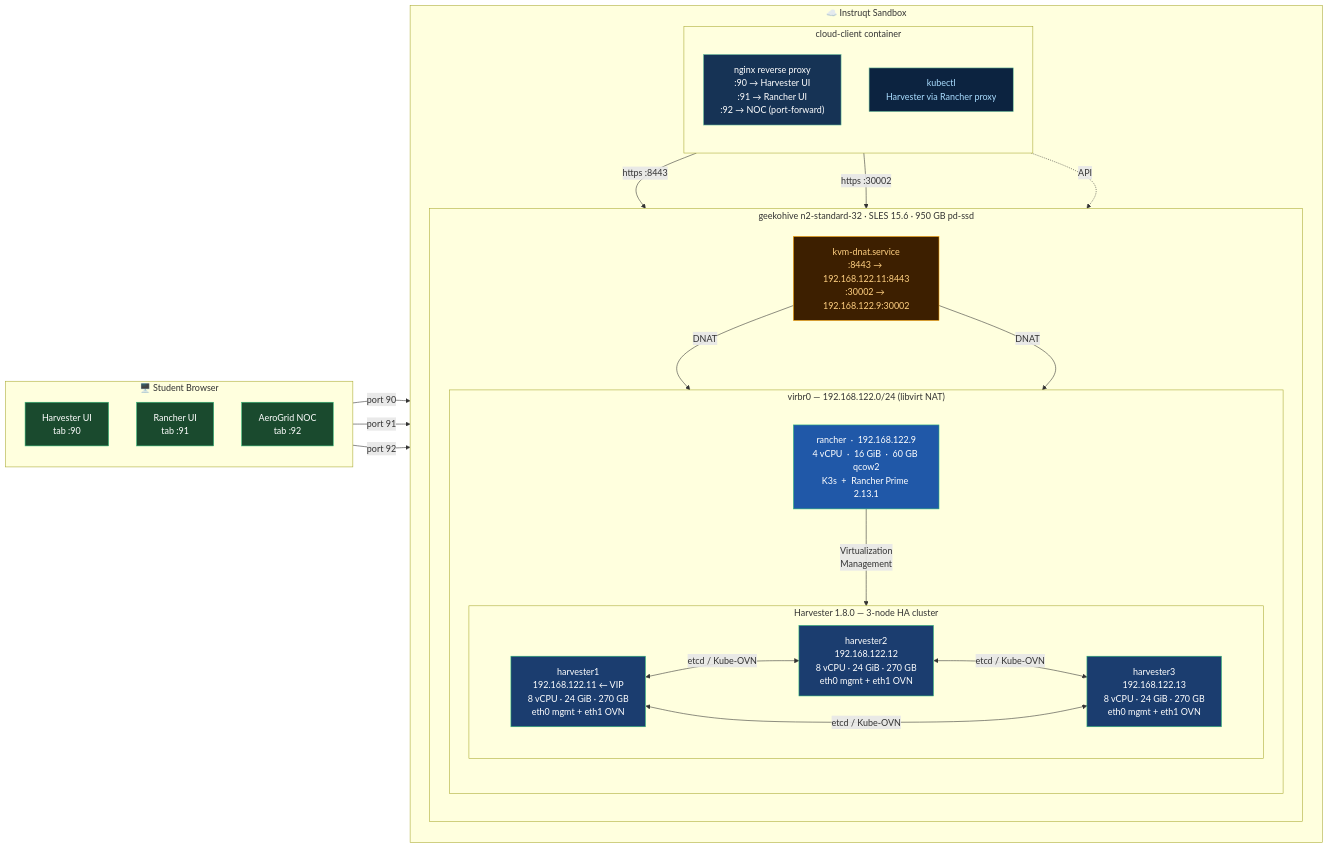
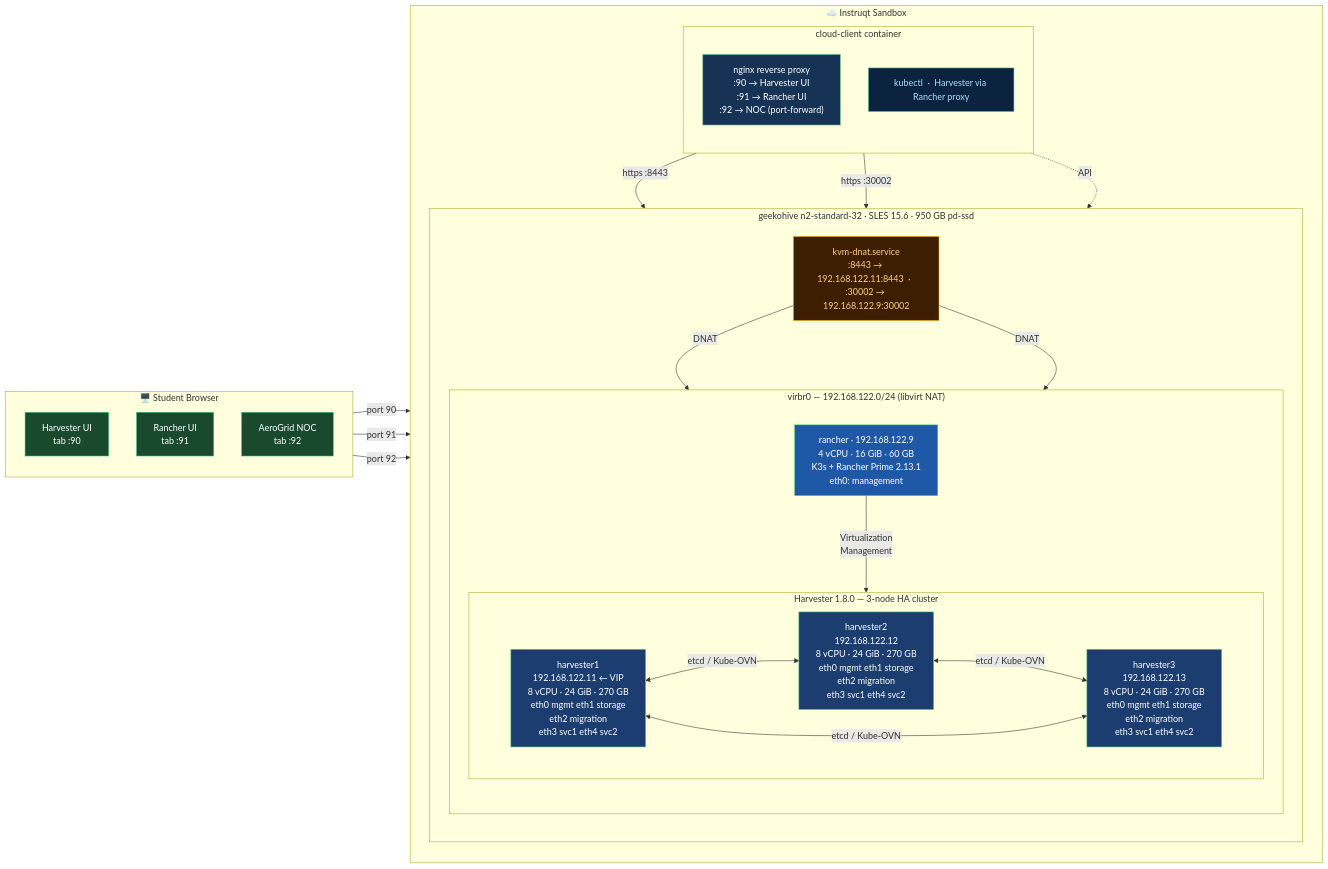
Before and after one commit to SUSE-Technical-Marketing/suse-virt-rodeo: the diagram in assets/diagrams/architecture-overview.mmd, drawn with Mermaid. The commit also changed 12 other files, not shown here.

```diff
--- a/assets/diagrams/architecture-overview.mmd
+++ b/assets/diagrams/architecture-overview.mmd
@@ -1,61 +1,61 @@
 graph LR
     subgraph BROWSER["🖥️  Student Browser"]
         direction TB
         T1["Harvester UI\ntab :90"]
         T2["Rancher UI\ntab :91"]
         T3["AeroGrid NOC\ntab :92"]
     end
 
     subgraph SANDBOX["☁️  Instruqt Sandbox"]
         direction TB
 
         subgraph CC["cloud-client container"]
             direction TB
             NGX["nginx reverse proxy\n:90 → Harvester UI\n:91 → Rancher UI\n:92 → NOC (port-forward)"]
-            KCT["kubectl\nHarvester via Rancher proxy"]
+            KCT["kubectl  ·  Harvester via Rancher proxy"]
         end
 
         subgraph GH["geekohive   n2-standard-32  ·  SLES 15.6  ·  950 GB pd-ssd"]
             direction TB
-            DNAT["kvm-dnat.service\n:8443 → 192.168.122.11:8443\n:30002 → 192.168.122.9:30002"]
+            DNAT["kvm-dnat.service\n:8443 → 192.168.122.11:8443  ·  :30002 → 192.168.122.9:30002"]
 
             subgraph VIRBR["virbr0  —  192.168.122.0/24  (libvirt NAT)"]
                 direction TB
-                RN["rancher  ·  192.168.122.9\n4 vCPU  ·  16 GiB  ·  60 GB qcow2\nK3s  +  Rancher Prime 2.13.1"]
+                RN["rancher  ·  192.168.122.9\n4 vCPU  ·  16 GiB  ·  60 GB\nK3s  +  Rancher Prime 2.13.1\neth0: management"]
 
                 subgraph HVC["Harvester 1.8.0  —  3-node HA cluster"]
                     direction LR
-                    H1["harvester1\n192.168.122.11  ←  VIP\n8 vCPU · 24 GiB · 270 GB\neth0 mgmt  +  eth1 OVN"]
-                    H2["harvester2\n192.168.122.12\n8 vCPU · 24 GiB · 270 GB\neth0 mgmt  +  eth1 OVN"]
-                    H3["harvester3\n192.168.122.13\n8 vCPU · 24 GiB · 270 GB\neth0 mgmt  +  eth1 OVN"]
+                    H1["harvester1\n192.168.122.11  ← VIP\n8 vCPU · 24 GiB · 270 GB\neth0 mgmt  eth1 storage\neth2 migration\neth3 svc1  eth4 svc2"]
+                    H2["harvester2\n192.168.122.12\n8 vCPU · 24 GiB · 270 GB\neth0 mgmt  eth1 storage\neth2 migration\neth3 svc1  eth4 svc2"]
+                    H3["harvester3\n192.168.122.13\n8 vCPU · 24 GiB · 270 GB\neth0 mgmt  eth1 storage\neth2 migration\neth3 svc1  eth4 svc2"]
                 end
             end
         end
     end
 
     T1 -->|"port 90"| NGX
     T2 -->|"port 91"| NGX
     T3 -->|"port 92"| NGX
     NGX -->|"https :8443"| DNAT
     NGX -->|"https :30002"| DNAT
     DNAT -->|"DNAT"| H1
     DNAT -->|"DNAT"| RN
     KCT -.->|"API"| RN
     RN -->|"Virtualization\nManagement"| H1
     H1 <-->|"etcd / Kube-OVN"| H2
     H2 <-->|"etcd / Kube-OVN"| H3
     H1 <-->|"etcd / Kube-OVN"| H3
 
     classDef harvester fill:#1B3D6F,stroke:#30BA78,color:#fff
     classDef rancher fill:#2058A8,stroke:#30BA78,color:#fff
     classDef nginx fill:#163355,stroke:#6EC6A0,color:#fff
     classDef dnat fill:#3D1F00,stroke:#FFA500,color:#FFD080
     classDef kubectl fill:#0C2340,stroke:#6EC6A0,color:#adf
     classDef tab fill:#1A4A2E,stroke:#30BA78,color:#fff
 
     class H1,H2,H3 harvester
     class RN rancher
     class NGX nginx
     class DNAT dnat
     class KCT kubectl
     class T1,T2,T3 tab
```
